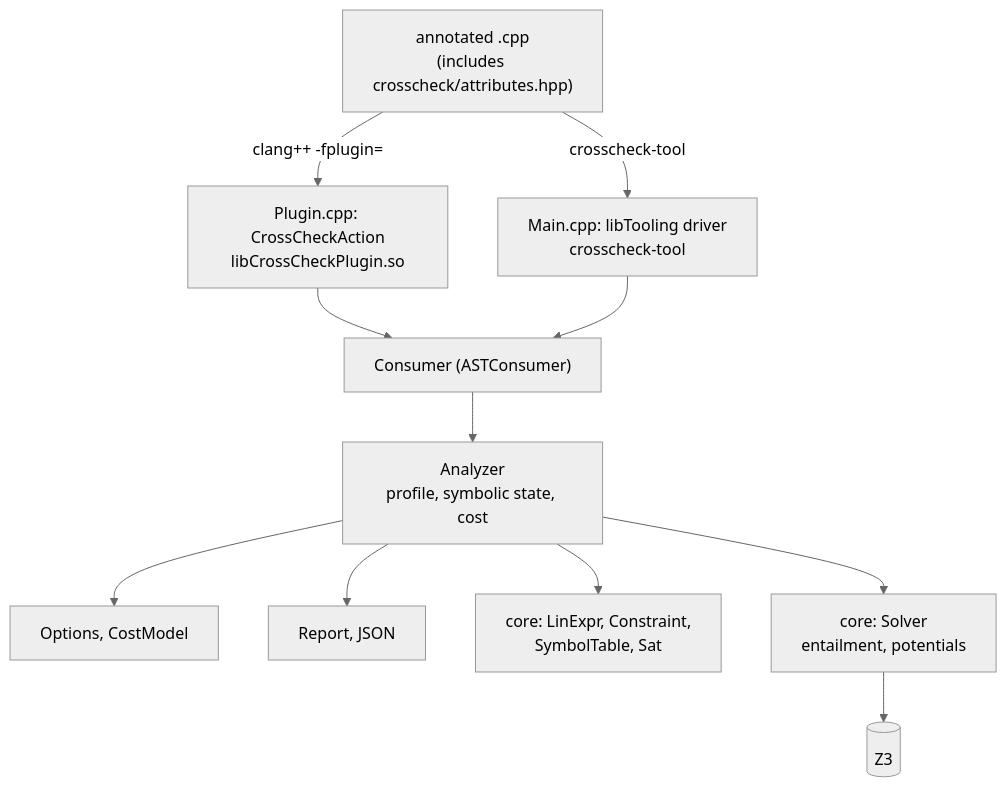
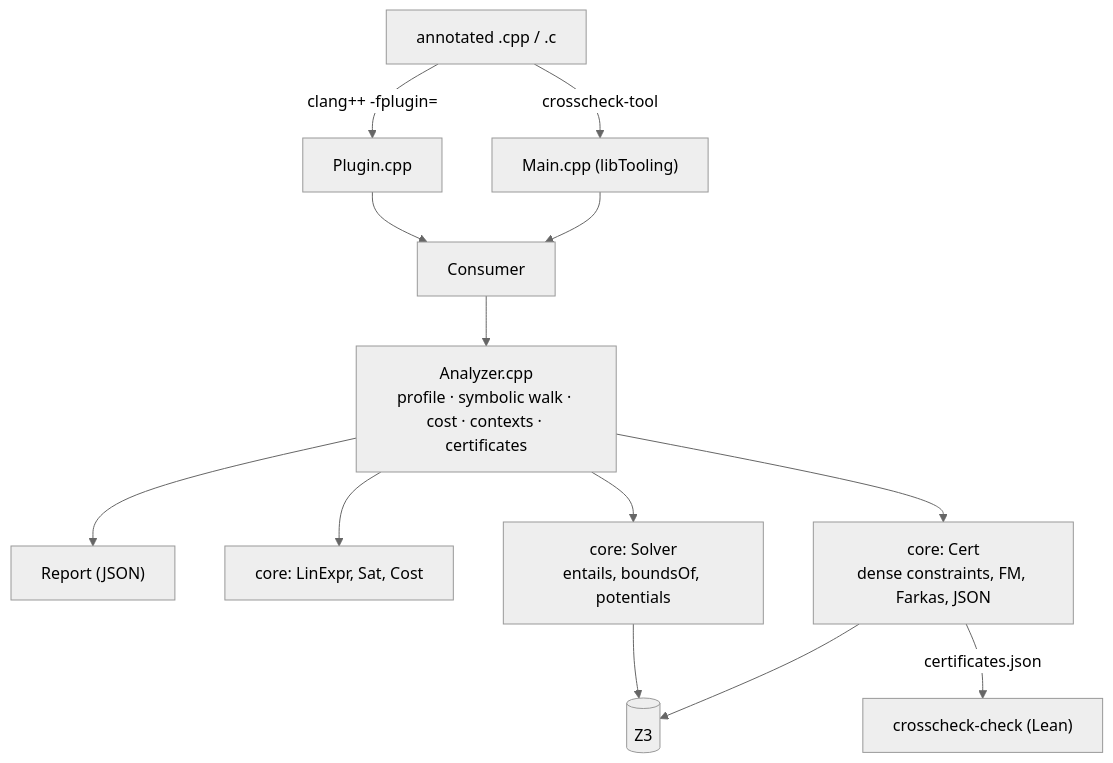
One commit to ldallolio/crosscheck changed the first of 6 diagrams in docs/guide/04-plugin.md. Above: the diagram before and after it, drawn with Mermaid (neutral theme). The commit also changed other lines of this file and 18 other files, not shown here.

First line of the commit message:
Split the paper in two; shorter guide with more diagrams

````diff
--- a/docs/guide/04-plugin.md
+++ b/docs/guide/04-plugin.md
@@ -109,23 +31,15 @@
 ```mermaid
 flowchart TB
-  SRC["annotated .cpp<br/>(includes crosscheck/attributes.hpp)"]
-  PLUG["Plugin.cpp: CrossCheckAction<br/>libCrossCheckPlugin.so"]
-  TOOL["Main.cpp: libTooling driver<br/>crosscheck-tool"]
-  CONS["Consumer (ASTConsumer)"]
-  AN["Analyzer<br/>profile, symbolic state, cost"]
-  OPT["Options, CostModel"]
-  REP["Report, JSON"]
-  CORE["core: LinExpr, Constraint,<br/>SymbolTable, Sat"]
-  SOL["core: Solver<br/>entailment, potentials"]
-  Z3[("Z3")]
-  SRC -->|"clang++ -fplugin="| PLUG
-  SRC -->|"crosscheck-tool"| TOOL
-  PLUG --> CONS
+  SRC["annotated .cpp / .c"] -->|"clang++ -fplugin="| PLUG["Plugin.cpp"]
+  SRC -->|"crosscheck-tool"| TOOL["Main.cpp (libTooling)"]
+  PLUG --> CONS["Consumer"]
   TOOL --> CONS
-  CONS --> AN
-  AN --> OPT
-  AN --> REP
-  AN --> CORE
-  AN --> SOL
-  SOL --> Z3
+  CONS --> AN["Analyzer.cpp<br/>profile · symbolic walk · cost · contexts · certificates"]
+  AN --> REP["Report (JSON)"]
+  AN --> CORE["core: LinExpr, Sat, Cost"]
+  AN --> SOL["core: Solver<br/>entails, boundsOf, potentials"]
+  AN --> CERT["core: Cert<br/>dense constraints, FM, Farkas, JSON"]
+  SOL --> Z3[("Z3")]
+  CERT --> Z3
+  CERT -->|"certificates.json"| CHK["crosscheck-check (Lean)"]
 ```
````
